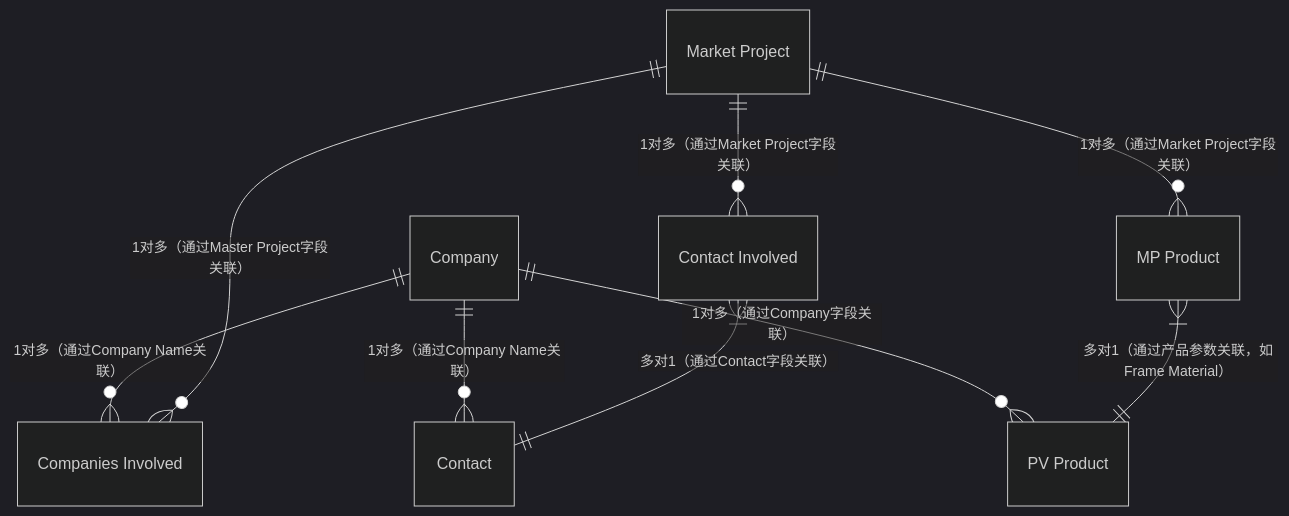
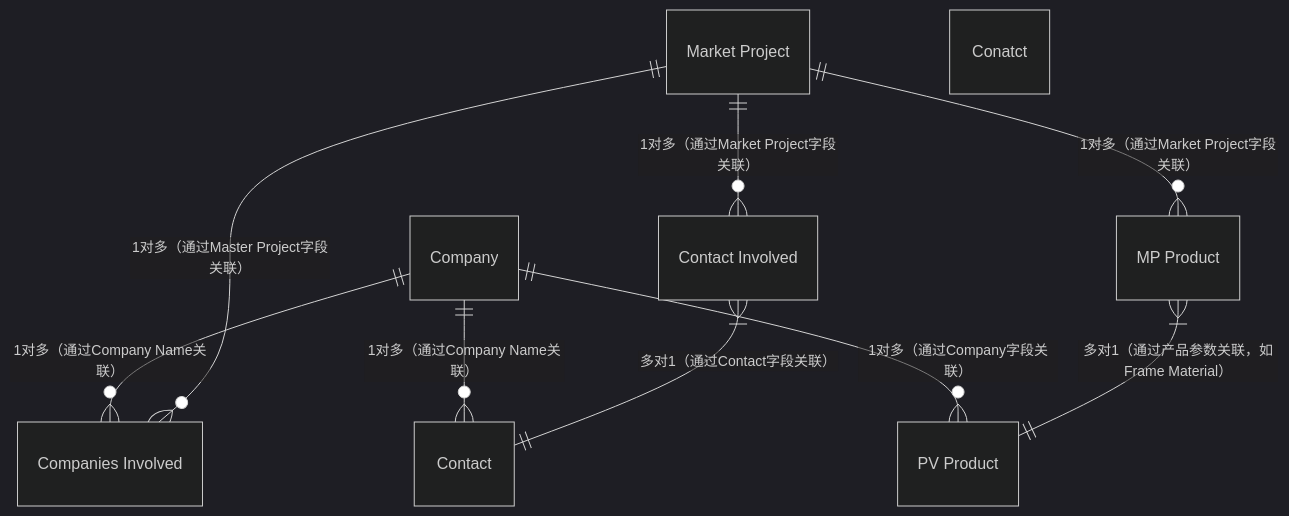
Before and after one commit to zhangziru-33/iodraw-files: the diagram in all/未命名.md, drawn with Mermaid (dark theme).

Commit message:
2025-12-04 13:39:33 update

````diff
--- a/all/未命名.md
+++ b/all/未命名.md
@@ -1,12 +1,12 @@
 ```mermaid
 erDiagram
     Company ||--o{ "Companies Involved" : "1对多（通过Company Name关联）"
     Company ||--o{ "PV Product" : "1对多（通过Company字段关联）"
     Company ||--o{ "Contact" : "1对多（通过Company Name关联）"
     "Market Project" ||--o{ "Companies Involved" : "1对多（通过Master Project字段关联）"
     "Market Project" ||--o{ "Contact Involved" : "1对多（通过Market Project字段关联）"
     "Market Project" ||--o{ "MP Product" : "1对多（通过Market Project字段关联）"
     "MP Product" }|--|| "PV Product" : "多对1（通过产品参数关联，如Frame Material）"
     "Contact Involved" }|--|| "Contact" : "多对1（通过Contact字段关联）"
-    
+    Conatct
 ```
````
